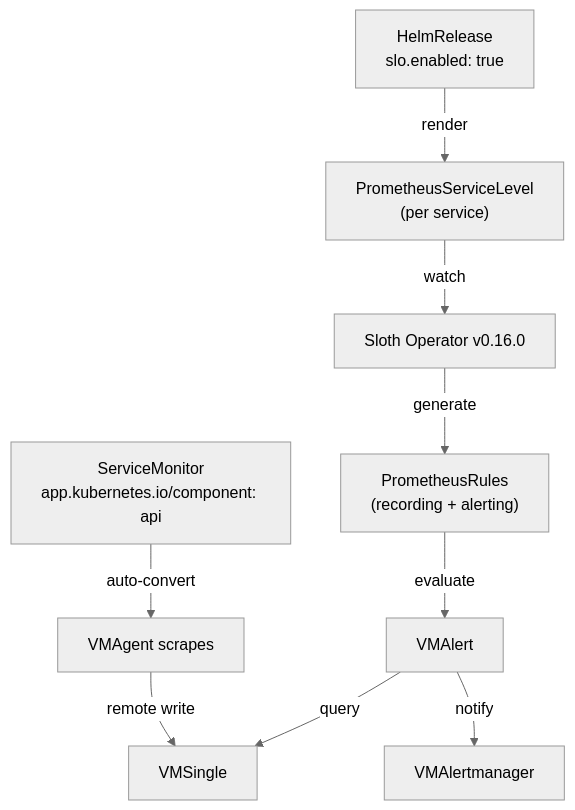
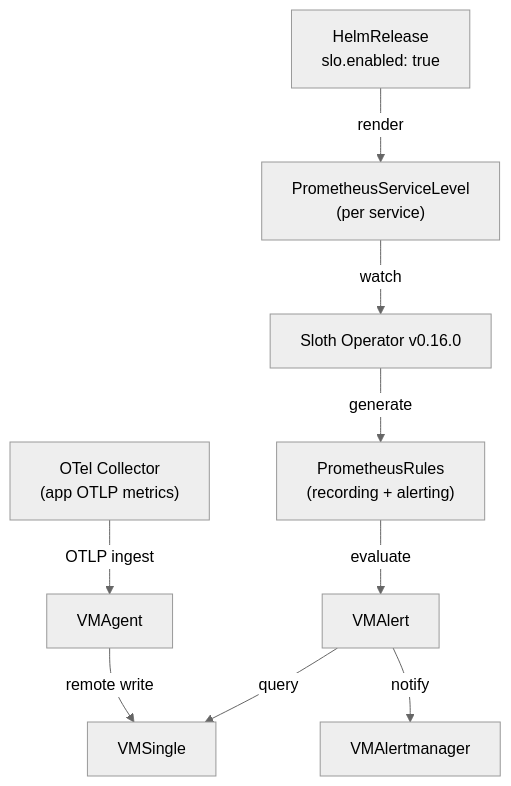
One commit to duynhlab/homelab changed the fifth of 7 diagrams in docs/observability/runbooks/observability-deep-dive.md. Above: the diagram before and after it, drawn with Mermaid (neutral theme). The commit also changed other lines of this file and 24 other files, not shown here.

````diff
--- a/docs/observability/runbooks/observability-deep-dive.md
+++ b/docs/observability/runbooks/observability-deep-dive.md
@@ -322,11 +318,11 @@
 ```mermaid
 flowchart TD
     HR["HelmRelease\nslo.enabled: true"] -->|render| PSL["PrometheusServiceLevel\n(per service)"]
     PSL -->|watch| Sloth["Sloth Operator v0.16.0"]
     Sloth -->|generate| PR["PrometheusRules\n(recording + alerting)"]
     PR -->|evaluate| VMAlert["VMAlert"]
     VMAlert -->|query| VMSingle["VMSingle"]
     VMAlert -->|notify| VMAMgr["VMAlertmanager"]
-    SM["ServiceMonitor\napp.kubernetes.io/component: api"] -->|"auto-convert"| VMAgent["VMAgent scrapes"]
+    OTelC["OTel Collector\n(app OTLP metrics)"] -->|"OTLP ingest"| VMAgent["VMAgent"]
     VMAgent -->|"remote write"| VMSingle
 ```
````
